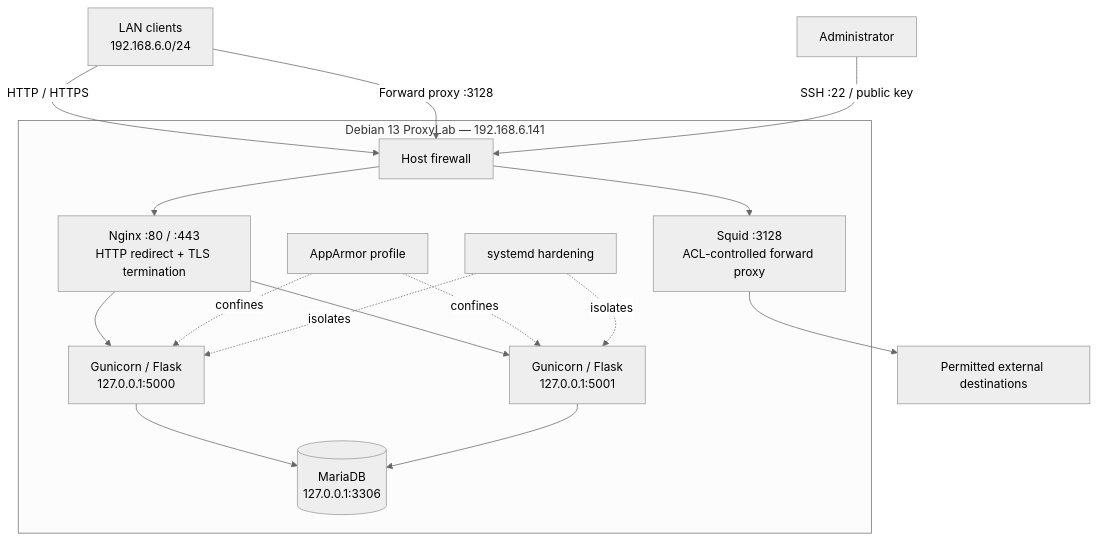
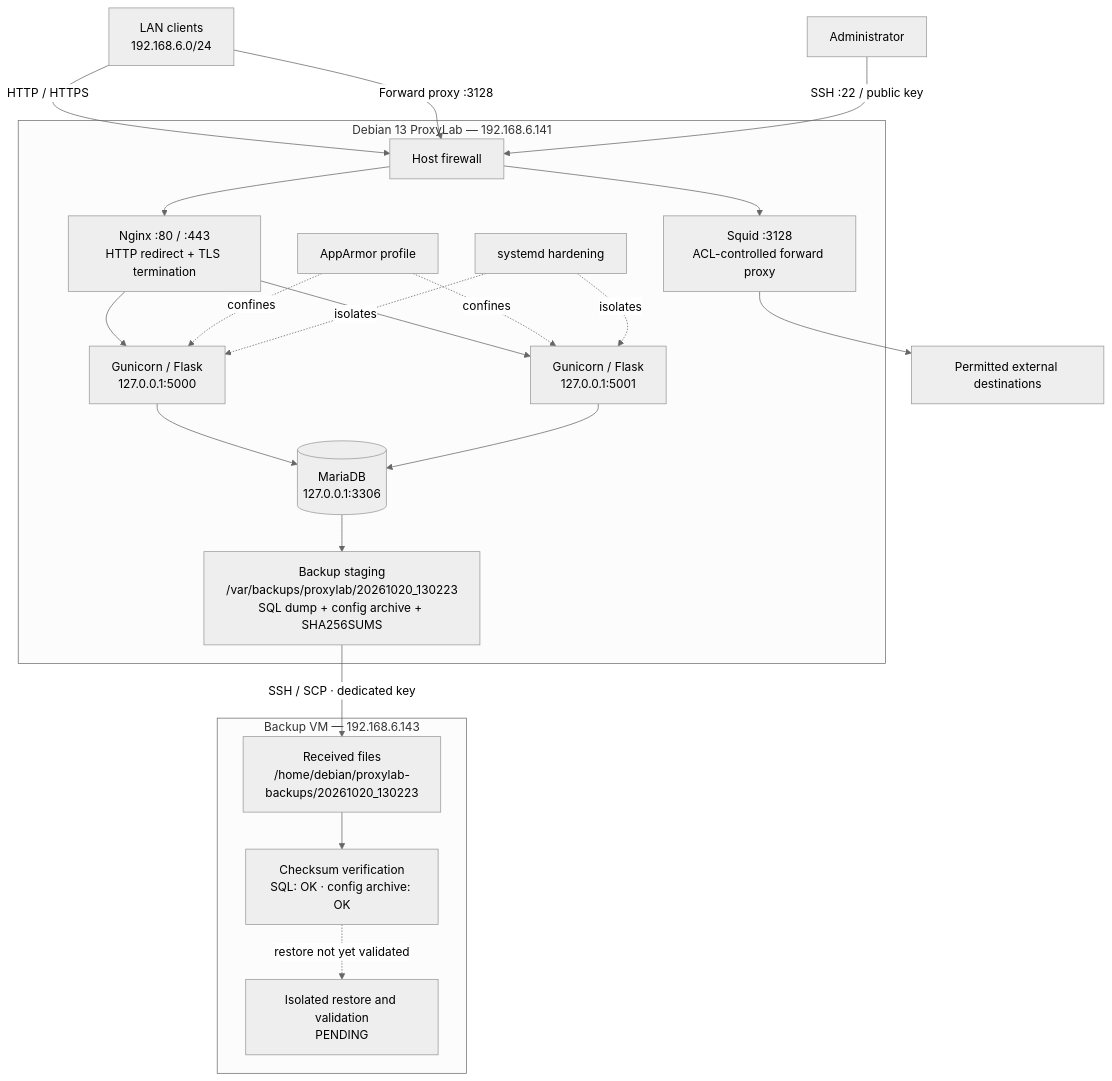
One commit to Rash499/ProxyLab changed the first of 4 diagrams in docs/architecture/README.md. Above: the diagram before and after it, drawn with Mermaid (neutral theme). The commit also changed other lines of this file, not shown here.

Commit message:
docs: include backup recovery in main architecture diagram

````diff
--- a/docs/architecture/README.md
+++ b/docs/architecture/README.md
@@ -5,19 +7,28 @@
 ```mermaid
 flowchart TB
   Client["LAN clients<br/>192.168.6.0/24"] -->|"HTTP / HTTPS"| FW["Host firewall"]
   Client -->|"Forward proxy :3128"| FW
   Admin["Administrator"] -->|"SSH :22 / public key"| FW
   subgraph VM["Debian 13 ProxyLab — 192.168.6.141"]
     FW --> N["Nginx :80 / :443<br/>HTTP redirect + TLS termination"]
     FW --> S["Squid :3128<br/>ACL-controlled forward proxy"]
     N --> B1["Gunicorn / Flask<br/>127.0.0.1:5000"]
     N --> B2["Gunicorn / Flask<br/>127.0.0.1:5001"]
     B1 --> DB[("MariaDB<br/>127.0.0.1:3306")]
     B2 --> DB
     AA["AppArmor profile"] -. confines .-> B1
     AA -. confines .-> B2
     SD["systemd hardening"] -. isolates .-> B1
     SD -. isolates .-> B2
+    DB --> BK["Backup staging<br/>/var/backups/proxylab/20261020_130223<br/>SQL dump + config archive + SHA256SUMS"]
   end
   S --> Internet["Permitted external destinations"]
+  subgraph Recovery["Backup VM — 192.168.6.143"]
+    DST["Received files<br/>/home/debian/proxylab-backups/20261020_130223"]
+    VERIFY["Checksum verification<br/>SQL: OK · config archive: OK"]
+    RESTORE["Isolated restore and validation<br/>PENDING"]
+    DST --> VERIFY
+    VERIFY -. "restore not yet validated" .-> RESTORE
+  end
+  BK -->|"SSH / SCP · dedicated key"| DST
 ```
````
